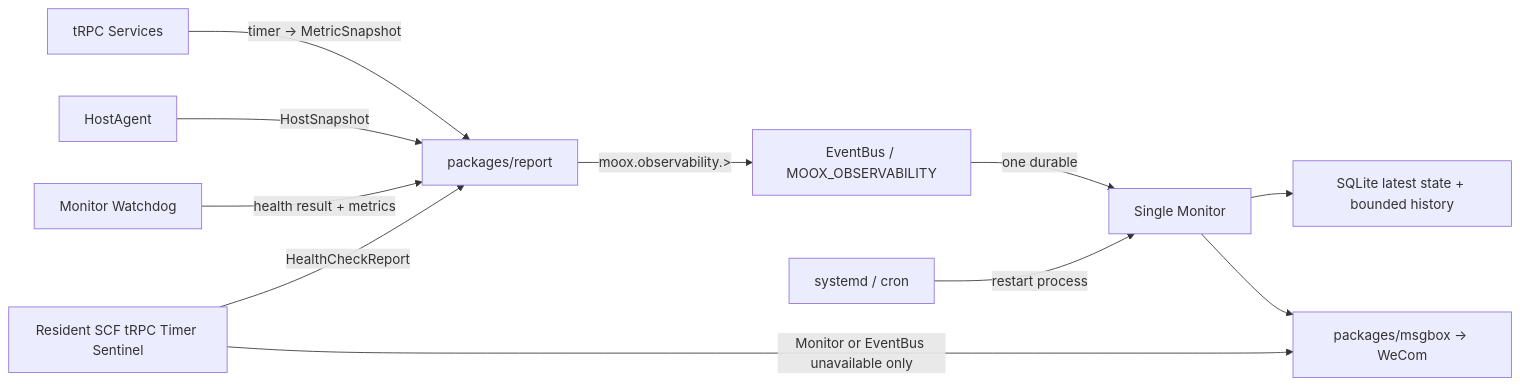
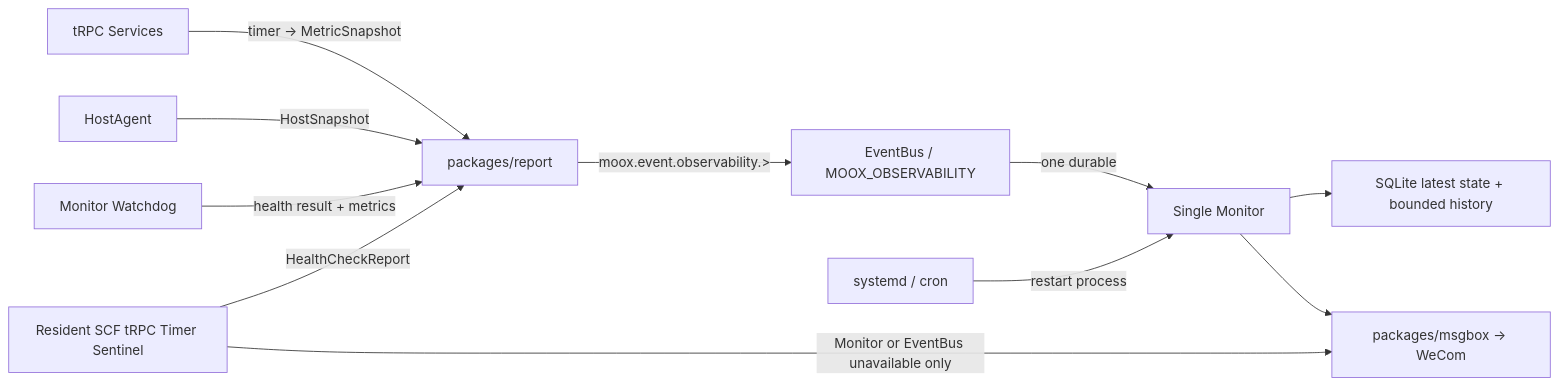
Before and after one commit to mooyang-code/moox: the diagram in docs/superpowers/plans/2026-07-28-system-observability-monitoring.md, drawn with Mermaid. The commit also changed other lines of this file and 719 other files, not shown here.

````diff
--- a/docs/superpowers/plans/2026-07-28-system-observability-monitoring.md
+++ b/docs/superpowers/plans/2026-07-28-system-observability-monitoring.md
@@ -29,13 +29,13 @@
 ```mermaid
 flowchart LR
   S["tRPC Services"] -->|"timer -> MetricSnapshot"| R["packages/report"]
   H["HostAgent"] -->|"HostSnapshot"| R
   MWD["Monitor Watchdog"] -->|"health result + metrics"| R
   SCF["Resident SCF tRPC Timer Sentinel"] -->|"HealthCheckReport"| R
-  R -->|"moox.observability.>"| EB["EventBus / MOOX_OBSERVABILITY"]
+  R -->|"moox.event.observability.>"| EB["EventBus / MOOX_OBSERVABILITY"]
   EB -->|"one durable"| MON["Single Monitor"]
   MON --> DB["SQLite latest state + bounded history"]
   MON --> MSG["packages/msgbox -> WeCom"]
   SCF -->|"Monitor or EventBus unavailable only"| MSG
   CRON["systemd / cron"] -->|"restart process"| MON
 ```
````
